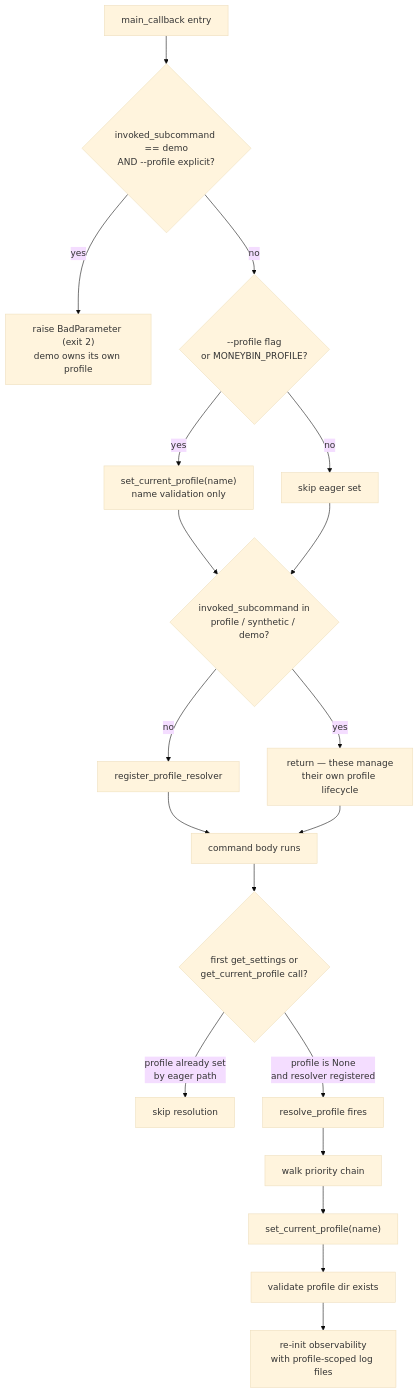
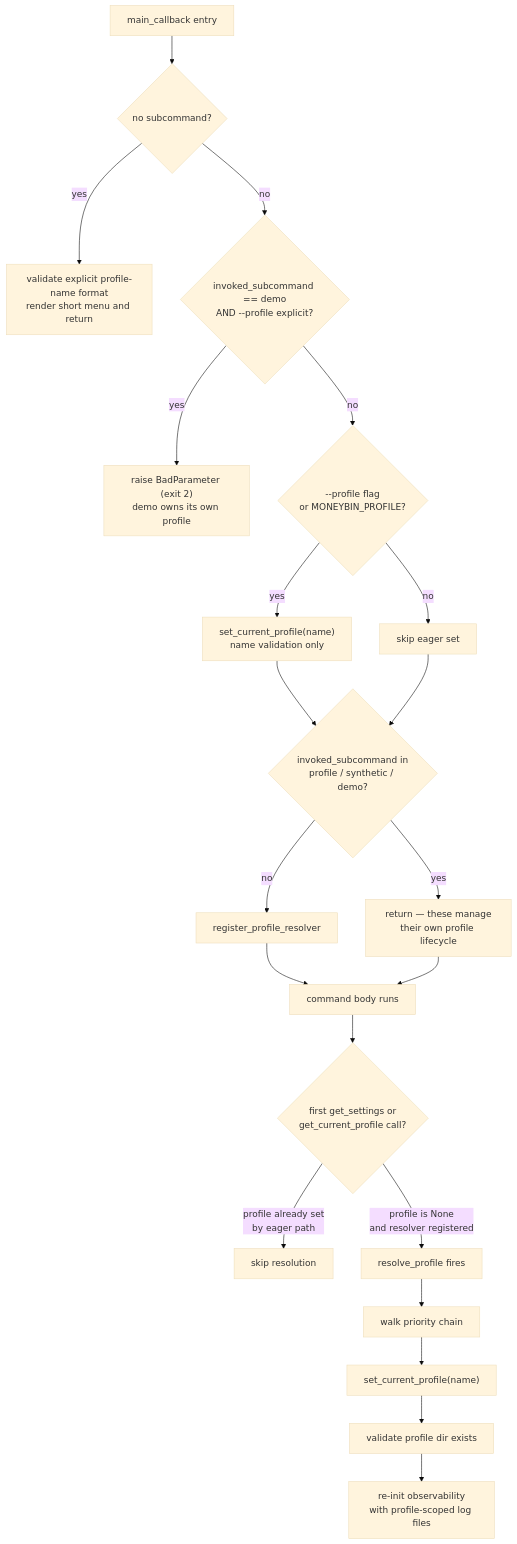
One commit to bsaffel/moneybin changed the second of 2 diagrams in docs/reference/cli-startup-flow.md. Above: the diagram before and after it, drawn with Mermaid (base theme). The commit also changed other lines of this file and 29 other files, not shown here.

````diff
--- a/docs/reference/cli-startup-flow.md
+++ b/docs/reference/cli-startup-flow.md
@@ -135,21 +144,23 @@
 ```mermaid
 flowchart TD
-    A[main_callback entry] --> Z{invoked_subcommand == demo<br/>AND --profile explicit?}
+    A[main_callback entry] --> R{no subcommand?}
+    R -->|yes| S[validate explicit profile-name format<br/>render short menu and return]
+    R -->|no| Z{invoked_subcommand == demo<br/>AND --profile explicit?}
     Z -->|yes| ZZ["raise BadParameter (exit 2)<br/>demo owns its own profile"]
     Z -->|no| B{--profile flag<br/>or MONEYBIN_PROFILE?}
     B -->|yes| C["set_current_profile(name)<br/>name validation only"]
     B -->|no| D[skip eager set]
     C --> E{invoked_subcommand in<br/>profile / synthetic / demo?}
     D --> E
     E -->|yes| F[return — these manage<br/>their own profile lifecycle]
     E -->|no| G[register_profile_resolver]
     G --> H[command body runs]
     F --> H
     H --> I{first get_settings or<br/>get_current_profile call?}
     I -->|profile already set<br/>by eager path| J[skip resolution]
     I -->|profile is None<br/>and resolver registered| K[resolve_profile fires]
     K --> L[walk priority chain]
     L --> M["set_current_profile(name)"]
     M --> N[validate profile dir exists]
     N --> O[re-init observability<br/>with profile-scoped log files]
 ```
````
